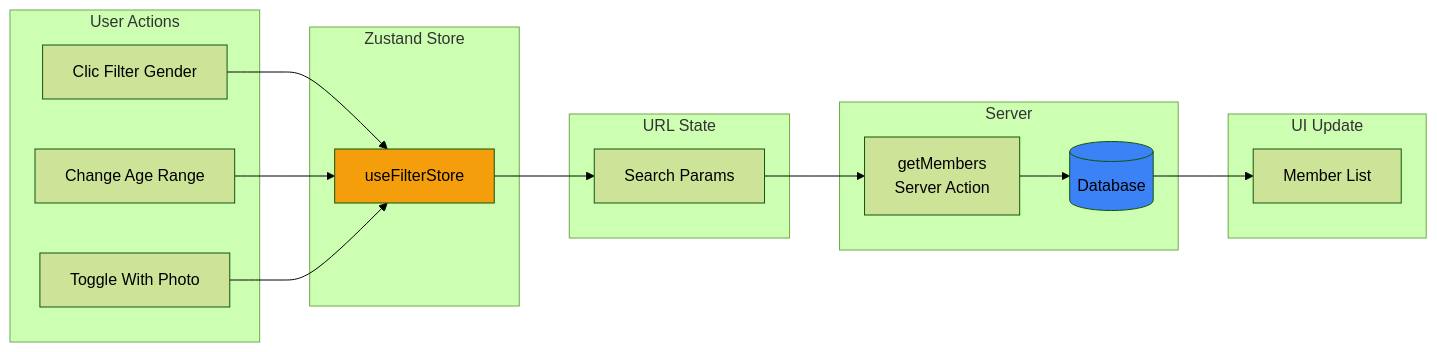
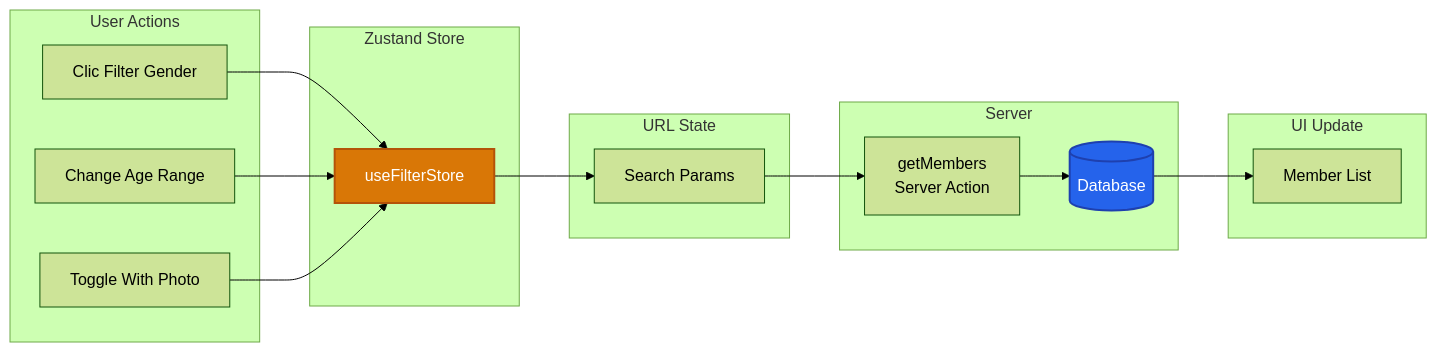
Diagram 15 of 32 in documentation/16-diagrammes-architecture.md (inskillflow/next-auth-demo-2-match), drawn with Mermaid (forest theme) before and after one commit. The commit also changed other lines of this file, not shown here.

````diff
--- a/documentation/16-diagrammes-architecture.md
+++ b/documentation/16-diagrammes-architecture.md
@@ -601,37 +601,37 @@
 ```mermaid
 graph LR
     subgraph "User Actions"
         A[Clic Filter Gender]
         B[Change Age Range]
         C[Toggle With Photo]
     end
     
     subgraph "Zustand Store"
         Store[useFilterStore]
     end
     
     subgraph "URL State"
         Params[Search Params]
     end
     
     subgraph "Server"
         Action[getMembers<br/>Server Action]
         DB[(Database)]
     end
     
     subgraph "UI Update"
         List[Member List]
     end
     
     A --> Store
     B --> Store
     C --> Store
     
     Store --> Params
     Params --> Action
     Action --> DB
     DB --> List
     
-    style Store fill:#f59e0b
-    style DB fill:#3b82f6
+    style Store fill:#d97706,stroke:#b45309,stroke-width:2px,color:#fff
+    style DB fill:#2563eb,stroke:#1e40af,stroke-width:2px,color:#fff
 ```
````
